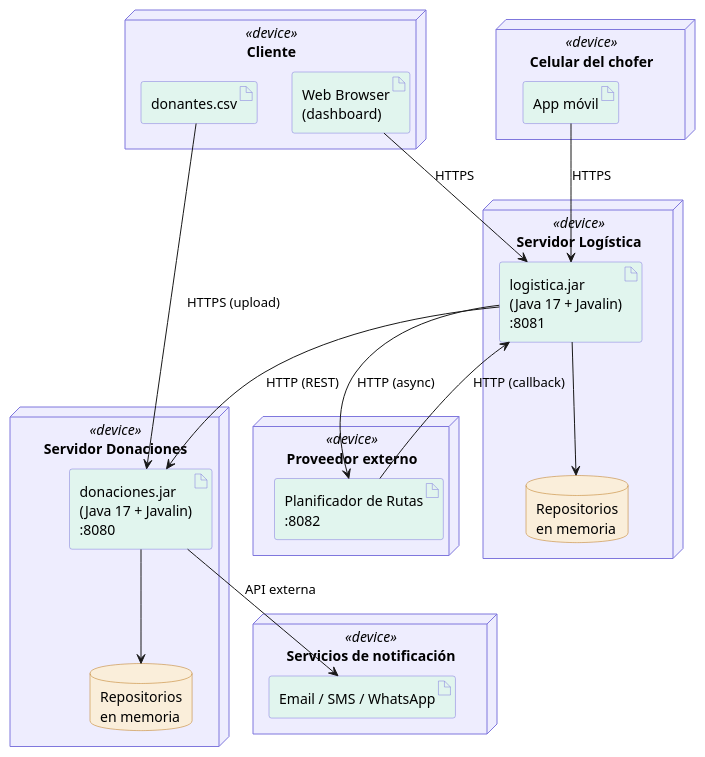
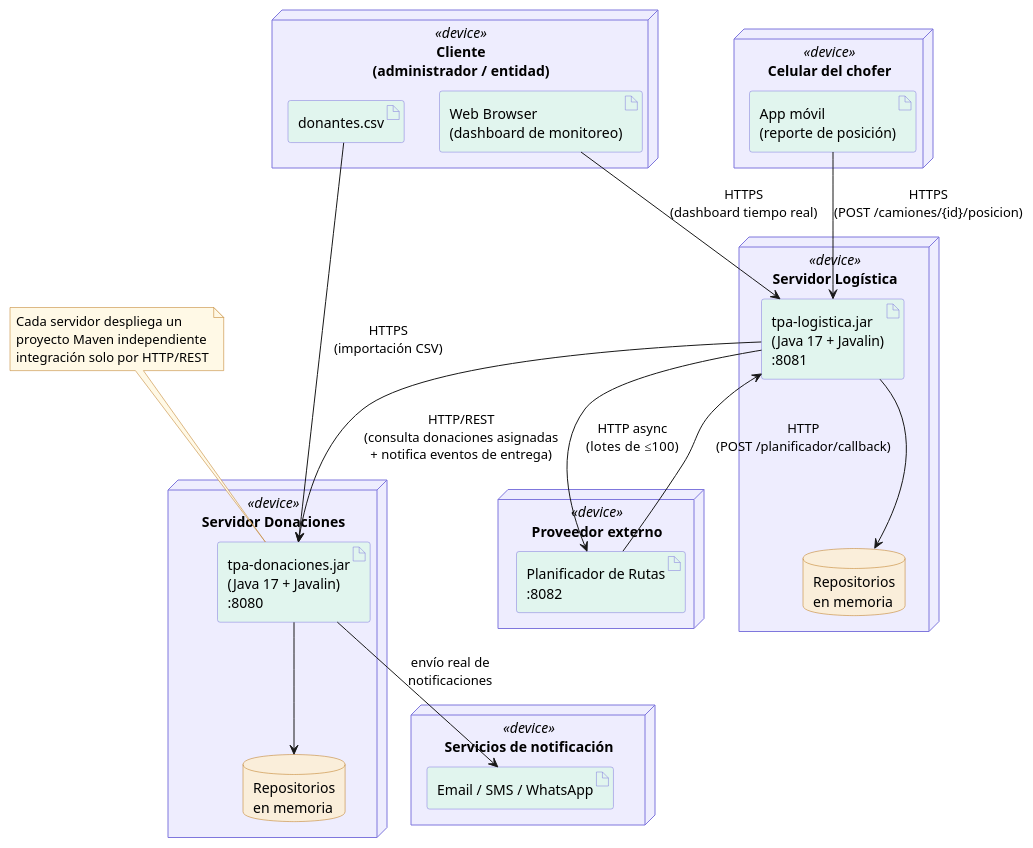
Before and after one commit to ConstanzaSerra/tpa-entrega-1: the diagram in docs/diagrama-despliegue.puml, drawn with PlantUML. The commit also changed 168 other files, not shown here.

Commit message:
agrego la separacion real de microservicios y integro logistica con donaciones

```diff
--- a/docs/diagrama-despliegue.puml
+++ b/docs/diagrama-despliegue.puml
@@ -1,57 +1,80 @@
 @startuml DonaTrack_Despliegue
+
+' Diagrama de despliegue - TPA2 DonaTrack
+' Refleja la division en DOS microservicios independientes (enunciado TPA2:
+' "se solicita que se divida al sistema en, inicialmente, dos microservicios",
+' integracion via HTTP/REST). Cada servidor corre un proyecto Maven autocontenido.
 
 skinparam backgroundColor #FFFFFF
 skinparam node {
  BackgroundColor #EEEDFE
  BorderColor #7F77DD
  FontColor #000000
 }
 skinparam artifact {
  BackgroundColor #E1F5EE
  BorderColor #7F77DD
  FontColor #000000
 }
 skinparam database {
  BackgroundColor #FAEEDA
  BorderColor #BA7517
  FontColor #000000
 }
+skinparam note {
+ BackgroundColor #FFF9E6
+ BorderColor #BA7517
+}
 
-node "Cliente" <<device>> {
- artifact "Web Browser\n(dashboard)" as browser
+' --- Actores / dispositivos externos ---
+node "Cliente\n(administrador / entidad)" <<device>> {
+ artifact "Web Browser\n(dashboard de monitoreo)" as browser
  artifact "donantes.csv" as csv
 }
 
 node "Celular del chofer" <<device>> {
- artifact "App móvil" as appMovil
+ artifact "App móvil\n(reporte de posición)" as appMovil
 }
 
+' --- Microservicio 1 ---
 node "Servidor Donaciones" <<device>> {
- artifact "donaciones.jar\n(Java 17 + Javalin)\n:8080" as donaciones
+ artifact "tpa-donaciones.jar\n(Java 17 + Javalin)\n:8080" as donaciones
  database "Repositorios\nen memoria" as dbDonaciones
 }
 
+' --- Microservicio 2 ---
 node "Servidor Logística" <<device>> {
- artifact "logistica.jar\n(Java 17 + Javalin)\n:8081" as logistica
+ artifact "tpa-logistica.jar\n(Java 17 + Javalin)\n:8081" as logistica
  database "Repositorios\nen memoria" as dbLogistica
 }
 
+' --- Terceros ---
 node "Proveedor externo" <<device>> {
  artifact "Planificador de Rutas\n:8082" as planificador
 }
 
 node "Servicios de notificación" <<device>> {
  artifact "Email / SMS / WhatsApp" as canales
 }
 
-browser --> logistica : HTTPS
-csv --> donaciones : HTTPS (upload)
-appMovil --> logistica : HTTPS
-logistica --> donaciones : HTTP (REST)
-logistica --> planificador : HTTP (async)
-planificador --> logistica : HTTP (callback)
-donaciones --> canales : API externa
+note top of donaciones
+  Cada servidor despliega un
+  proyecto Maven independiente
+  integración solo por HTTP/REST
+end note
+
+' --- Conexiones ---
+csv      --> donaciones  : HTTPS\n(importación CSV)
+browser  --> logistica   : HTTPS\n(dashboard tiempo real)
+appMovil --> logistica   : HTTPS\n(POST /camiones/{id}/posicion)
+
+logistica --> donaciones  : HTTP/REST\n(consulta donaciones asignadas\n+ notifica eventos de entrega)
+logistica --> planificador : HTTP async\n(lotes de ≤100)
+planificador --> logistica : HTTP\n(POST /planificador/callback)
+
+donaciones --> canales : envío real de\nnotificaciones
+
 donaciones --> dbDonaciones
-logistica --> dbLogistica
+logistica  --> dbLogistica
 
 @enduml
```
